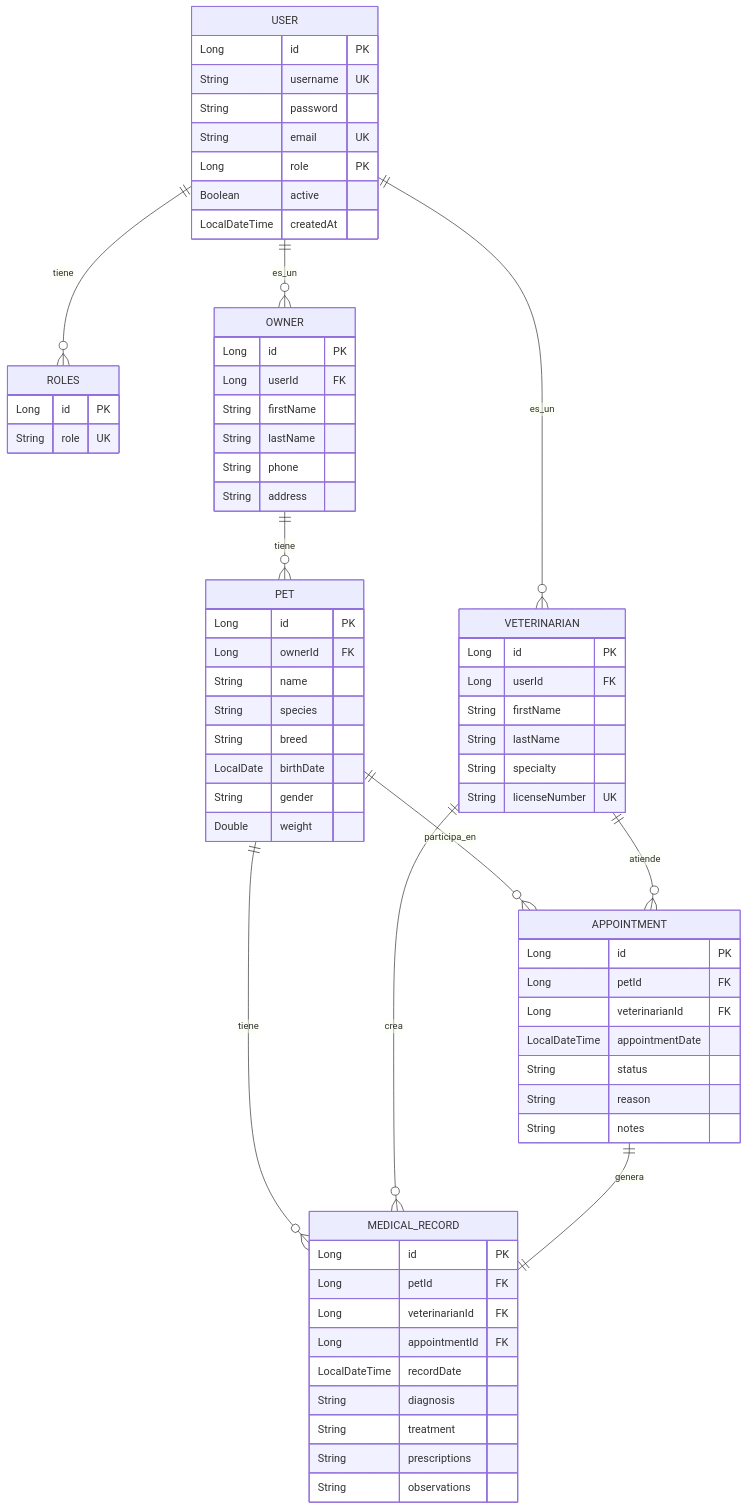
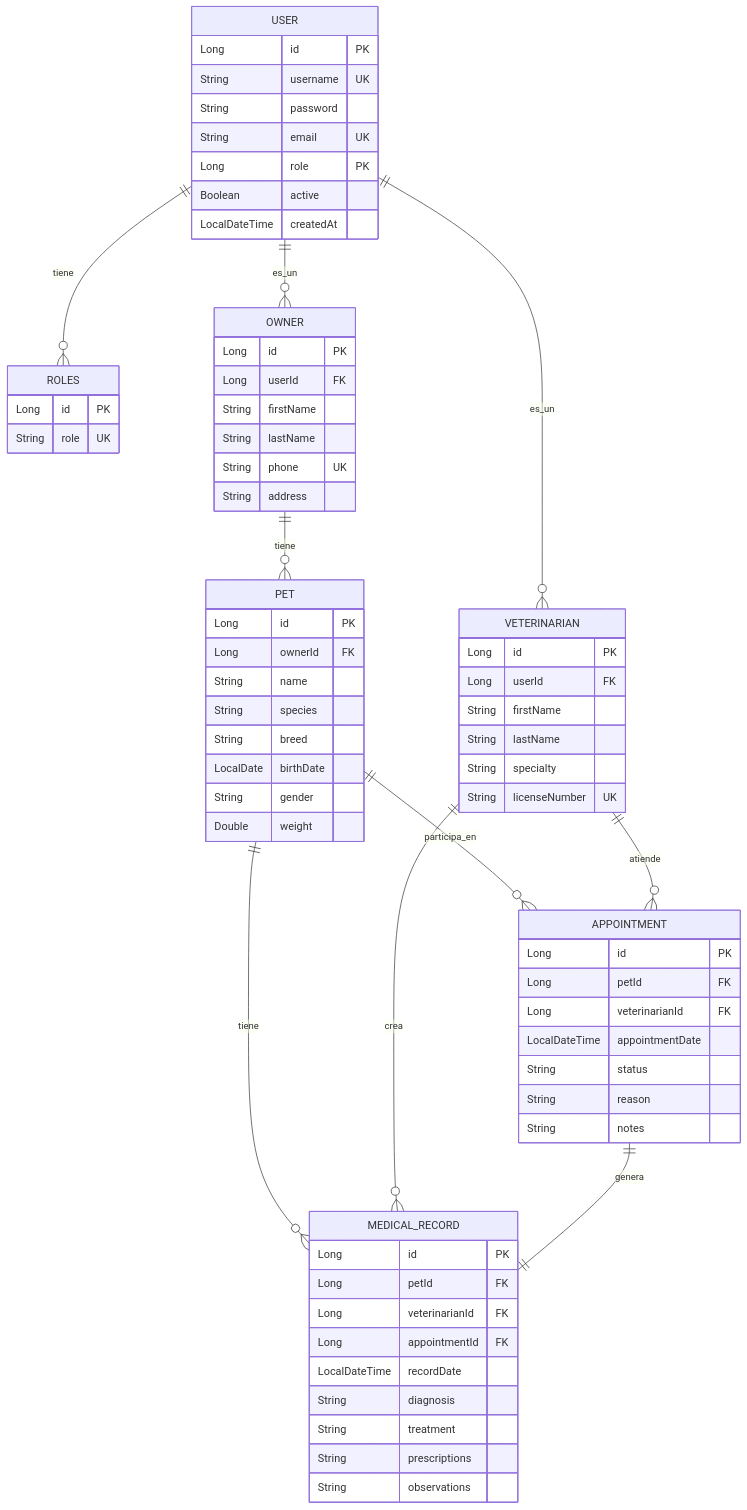
Before and after one commit to Josiaszx/Spring-Boot-Apps: the diagram in veterinaria/diagrama.mermaid, drawn with Mermaid. The commit also changed 24 other files, not shown here.

```diff
--- a/veterinaria/diagrama.mermaid
+++ b/veterinaria/diagrama.mermaid
@@ -1,76 +1,76 @@
 erDiagram
     USER ||--o{ VETERINARIAN : "es_un"
     USER || --o{ ROLES : "tiene"
     USER ||--o{ OWNER : "es_un"
     OWNER ||--o{ PET : "tiene"
     PET ||--o{ APPOINTMENT : "participa_en"
     VETERINARIAN ||--o{ APPOINTMENT : "atiende"
     PET ||--o{ MEDICAL_RECORD : "tiene"
     VETERINARIAN ||--o{ MEDICAL_RECORD : "crea"
     APPOINTMENT ||--|| MEDICAL_RECORD : "genera"
 
     USER {
         Long id PK
         String username UK
         String password
         String email UK
         Long role PK
         Boolean active
         LocalDateTime createdAt
     }
 
     ROLES {
         Long id PK
         String role UK
     }
 
     OWNER {
         Long id PK
         Long userId FK
         String firstName
         String lastName
-        String phone
+        String phone UK
         String address
     }
 
     VETERINARIAN {
         Long id PK
         Long userId FK
         String firstName
         String lastName
         String specialty
         String licenseNumber UK
     }
 
     PET {
         Long id PK
         Long ownerId FK
         String name
         String species
         String breed
         LocalDate birthDate
         String gender
         Double weight
     }
 
     APPOINTMENT {
         Long id PK
         Long petId FK
         Long veterinarianId FK
         LocalDateTime appointmentDate
         String status
         String reason
         String notes
     }
 
     MEDICAL_RECORD {
         Long id PK
         Long petId FK
         Long veterinarianId FK
         Long appointmentId FK
         LocalDateTime recordDate
         String diagnosis
         String treatment
         String prescriptions
         String observations
     }
```
